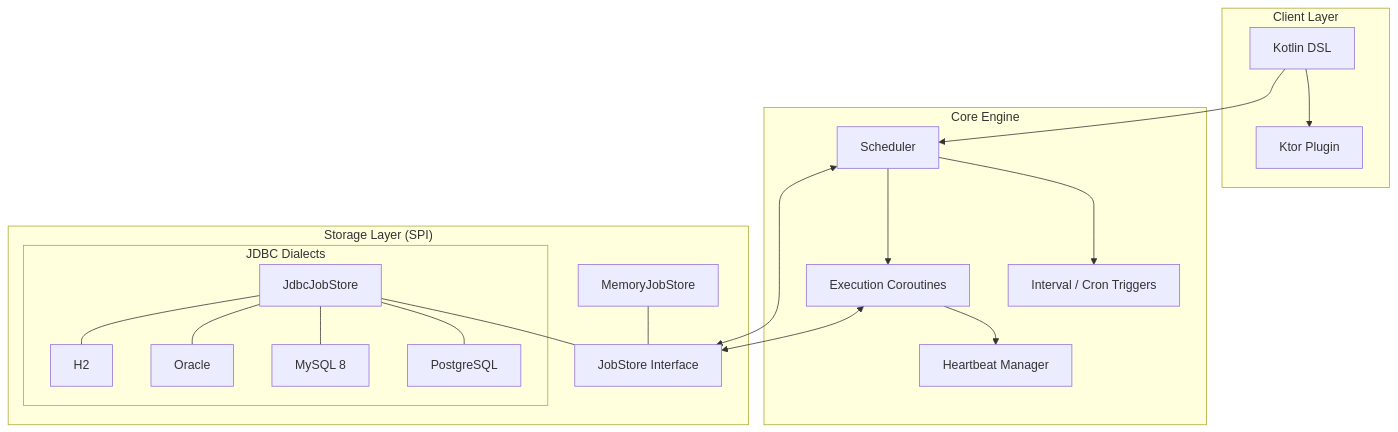
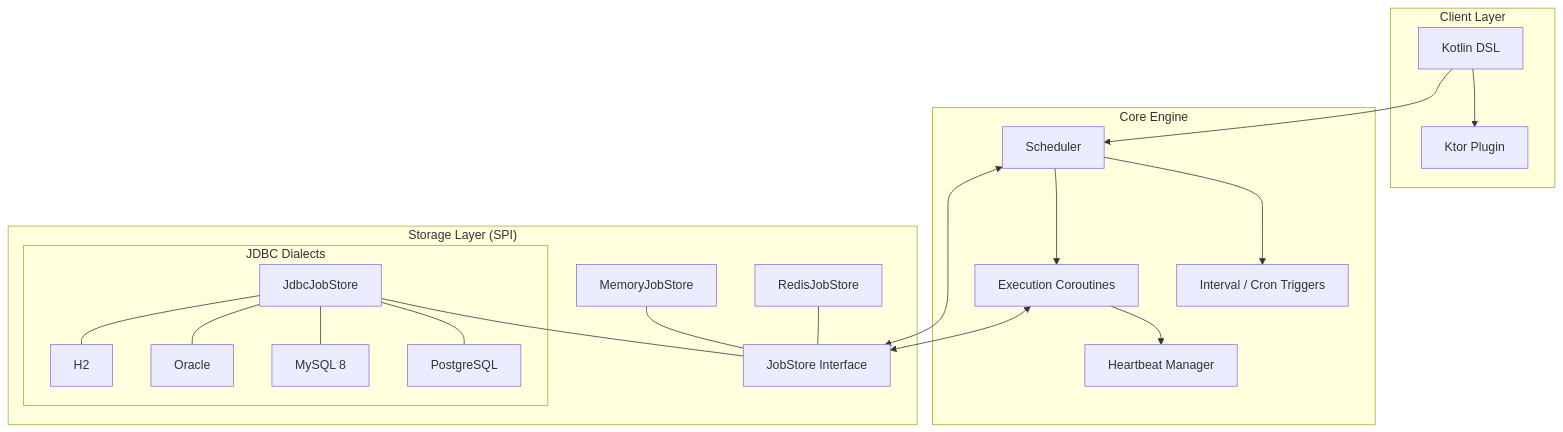
The first of 2 diagrams in .specs/codebase/ARCHITECTURE.md (juniormichieletto/khrona), drawn with Mermaid before and after one commit. The commit also changed other lines of this file and 9 other files, not shown here.

Commit message:
feat(redis): complete experimental store coverage

````diff
--- a/.specs/codebase/ARCHITECTURE.md
+++ b/.specs/codebase/ARCHITECTURE.md
@@ -5,29 +5,30 @@
 ```mermaid
 graph TD
     subgraph "Client Layer"
         DSL[Kotlin DSL] --> Ktor[Ktor Plugin]
     end
 
     subgraph "Core Engine"
         Sch[Scheduler] --> Triggers[Interval / Cron Triggers]
         Sch --> Workers[Execution Coroutines]
         Workers --> Heartbeat[Heartbeat Manager]
     end
 
     subgraph "Storage Layer (SPI)"
         Store[JobStore Interface]
         Memory[MemoryJobStore] --- Store
         JDBC[JdbcJobStore] --- Store
+        Redis[RedisJobStore] --- Store
         
         subgraph "JDBC Dialects"
             JDBC --- Postgres[PostgreSQL]
             JDBC --- MySql[MySQL 8]
             JDBC --- Oracle[Oracle]
             JDBC --- H2[H2]
         end
     end
 
     DSL --> Sch
     Sch <--> Store
     Workers <--> Store
 ```
````
